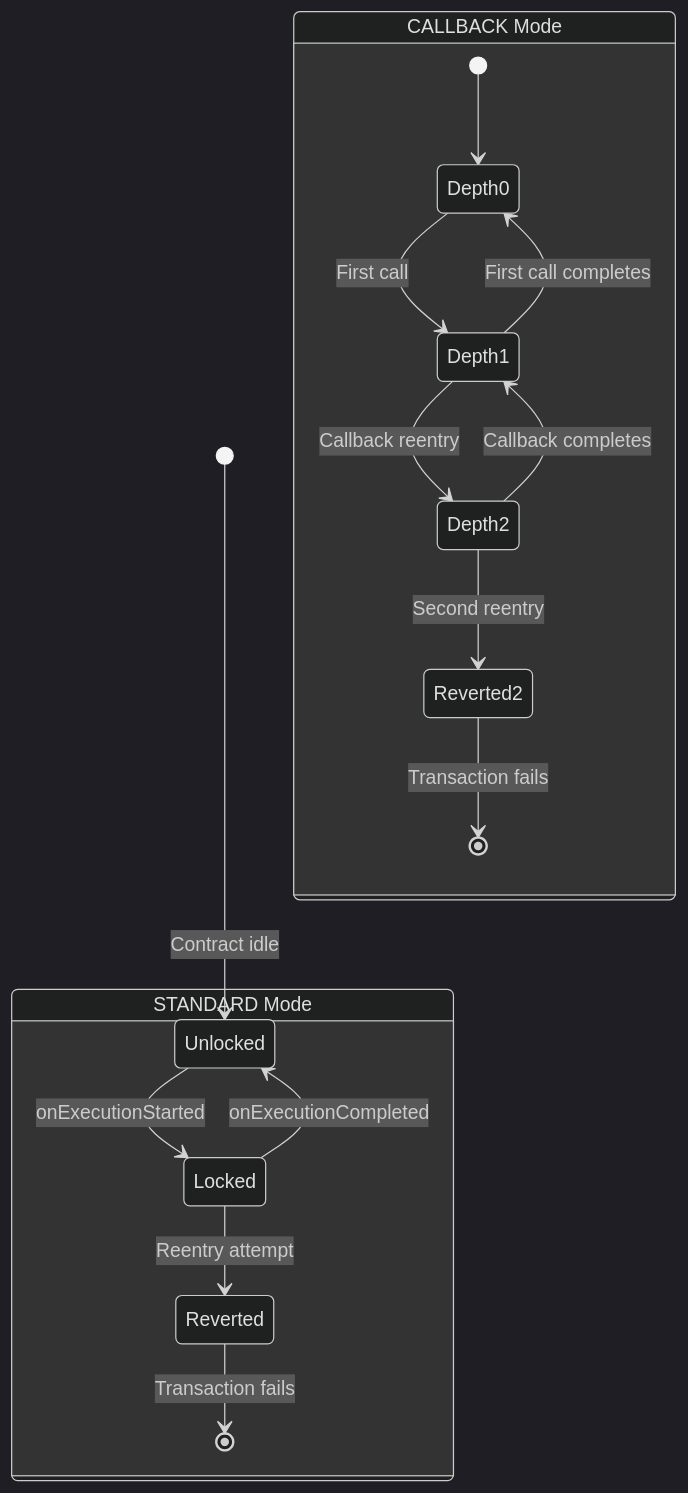
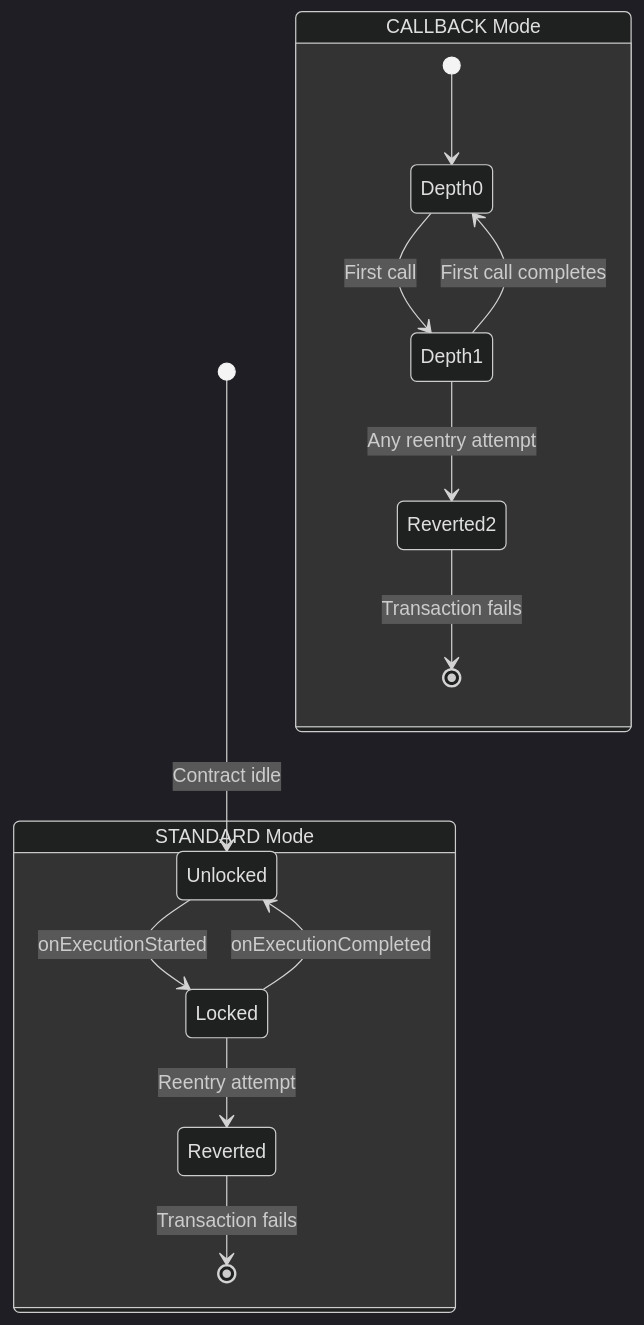
The fifth of 6 diagrams in docs/contracts/reentrancy-guard.md (btc-vision/btc-runtime), drawn with Mermaid before and after one commit. The commit also changed other lines of this file and 30 other files, not shown here.

````diff
--- a/docs/contracts/reentrancy-guard.md
+++ b/docs/contracts/reentrancy-guard.md
@@ -273,25 +274,23 @@
 ```mermaid
 ---
 config:
   theme: dark
 ---
 stateDiagram-v2
     [*] --> Unlocked: Contract idle
 
     state "STANDARD Mode" as Standard {
         Unlocked --> Locked: onExecutionStarted
         Locked --> Unlocked: onExecutionCompleted
         Locked --> Reverted: Reentry attempt
         Reverted --> [*]: Transaction fails
     }
 
     state "CALLBACK Mode" as Callback {
         [*] --> Depth0
         Depth0 --> Depth1: First call
-        Depth1 --> Depth2: Callback reentry
-        Depth2 --> Reverted2: Second reentry
+        Depth1 --> Reverted2: Any reentry attempt
         Reverted2 --> [*]: Transaction fails
-        Depth2 --> Depth1: Callback completes
         Depth1 --> Depth0: First call completes
     }
 ```
````
